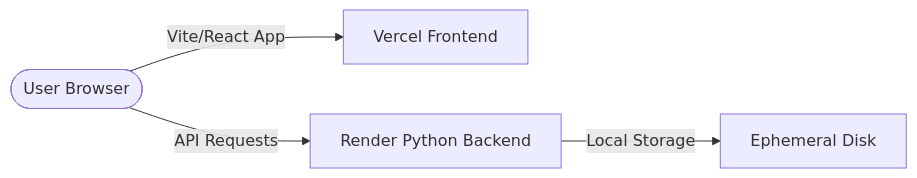
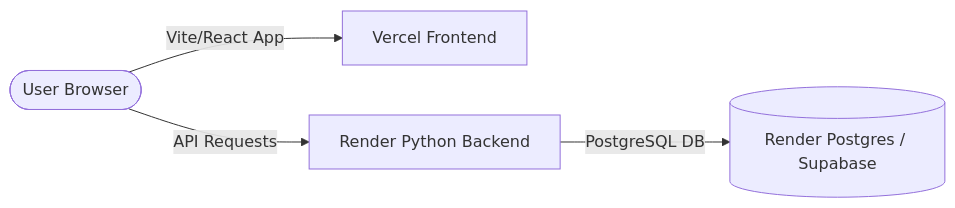
The diagram in DEPLOY.md (PrashantTarbundiya/RMS), drawn with Mermaid before and after one commit. The commit also changed other lines of this file and 21 other files, not shown here.

````diff
--- a/DEPLOY.md
+++ b/DEPLOY.md
@@ -9,6 +9,6 @@
 ```mermaid
 graph LR
-    User([User Browser]) -->|Vite/React App| Vercel[Vercel Frontend]
-    User -->|API Requests| Render[Render Python Backend]
-    Render -->|Local Storage| Ephemeral[Ephemeral Disk]
+  User([User Browser]) -->|Vite/React App| Vercel[Vercel Frontend]
+  User -->|API Requests| Render[Render Python Backend]
+  Render -->|PostgreSQL DB| Postgres[(Render Postgres / Supabase)]
 ```
````
